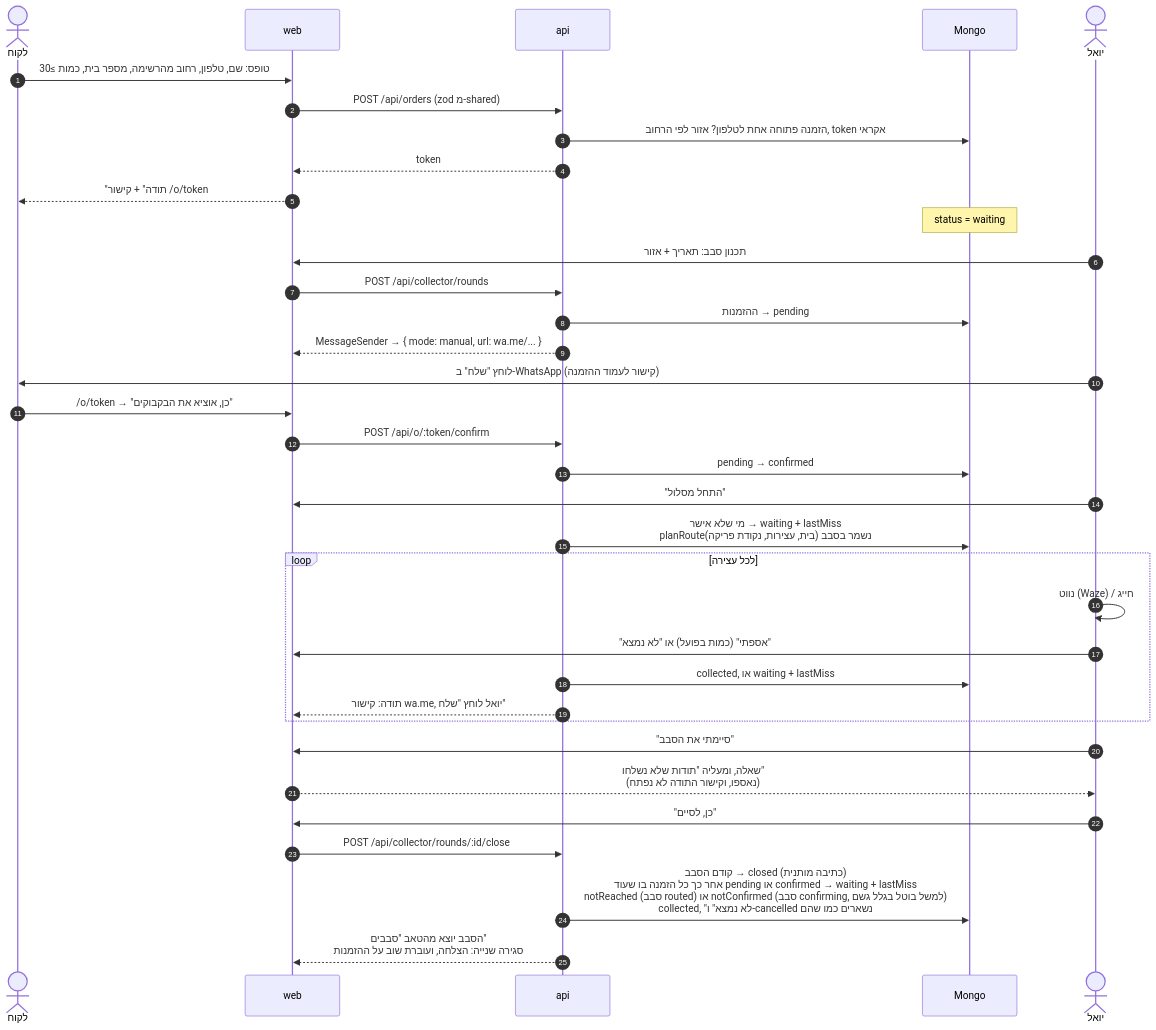
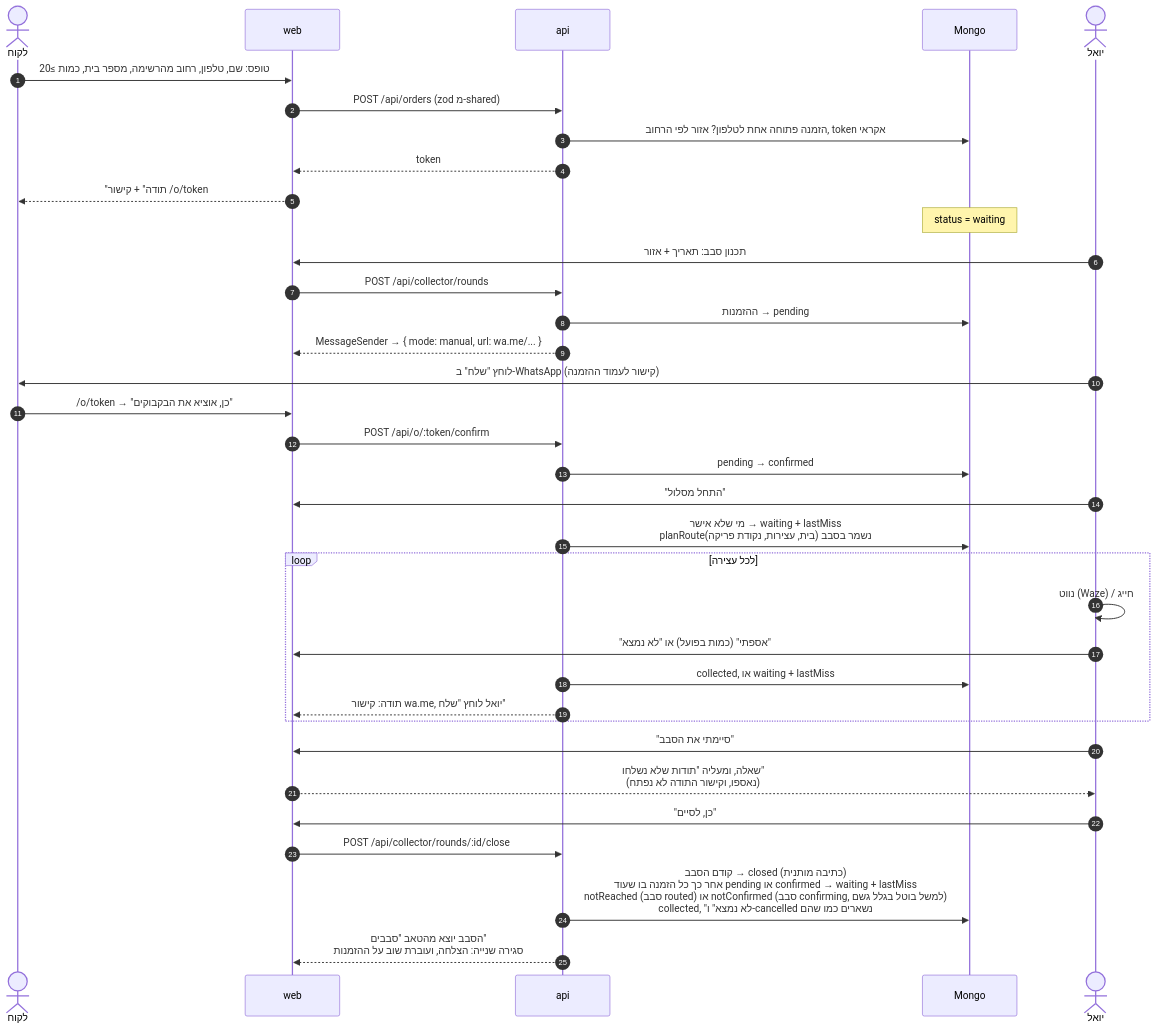
Before and after one commit to uriel-s/Latet-od: the second of 3 diagrams in ARCHITECTURE.md, drawn with Mermaid. The commit also changed other lines of this file and 11 other files, not shown here.

````diff
--- a/ARCHITECTURE.md
+++ b/ARCHITECTURE.md
@@ -64,41 +61,41 @@
 ```mermaid
 sequenceDiagram
     autonumber
     actor L as לקוח
     participant W as web
     participant A as api
     participant D as Mongo
     actor Y as יואל
 
-    L->>W: טופס: שם, טלפון, רחוב מהרשימה, מספר בית, כמות ≥30
+    L->>W: טופס: שם, טלפון, רחוב מהרשימה, מספר בית, כמות ≥20
     W->>A: POST /api/orders (zod מ-shared)
     A->>D: הזמנה פתוחה אחת לטלפון? אזור לפי הרחוב, token אקראי
     A-->>W: token
     W-->>L: "תודה" + קישור /o/token
     Note over D: status = waiting
 
     Y->>W: תכנון סבב: תאריך + אזור
     W->>A: POST /api/collector/rounds
     A->>D: ההזמנות → pending
     A-->>W: MessageSender → { mode: manual, url: wa.me/... }
     Y->>L: לוחץ "שלח" ב-WhatsApp (קישור לעמוד ההזמנה)
 
     L->>W: /o/token → "כן, אוציא את הבקבוקים"
     W->>A: POST /api/o/:token/confirm
     A->>D: pending → confirmed
 
     Y->>W: "התחל מסלול"
     A->>D: מי שלא אישר → waiting + lastMiss<br/>planRoute(בית, עצירות, נקודת פריקה) נשמר בסבב
     loop לכל עצירה
         Y->>Y: נווט (Waze) / חייג
         Y->>W: "אספתי" (כמות בפועל) או "לא נמצא"
         A->>D: collected, או waiting + lastMiss
         A-->>W: תודה: קישור wa.me, יואל לוחץ "שלח"
     end
     Y->>W: "סיימתי את הסבב"
     W-->>Y: שאלה, ומעליה "תודות שלא נשלחו"<br/>(נאספו, וקישור התודה לא נפתח)
     Y->>W: "כן, לסיים"
     W->>A: POST /api/collector/rounds/:id/close
     A->>D: קודם הסבב → closed (כתיבה מותנית)<br/>אחר כך כל הזמנה בו שעוד pending או confirmed → waiting + lastMiss<br/>notReached (סבב routed) או notConfirmed (סבב confirming, למשל בוטל בגלל גשם)<br/>collected, "לא נמצא" ו-cancelled נשארים כמו שהם
     A-->>W: הסבב יוצא מהטאב "סבבים"<br/>סגירה שנייה: הצלחה, ועוברת שוב על ההזמנות
 ```
````
